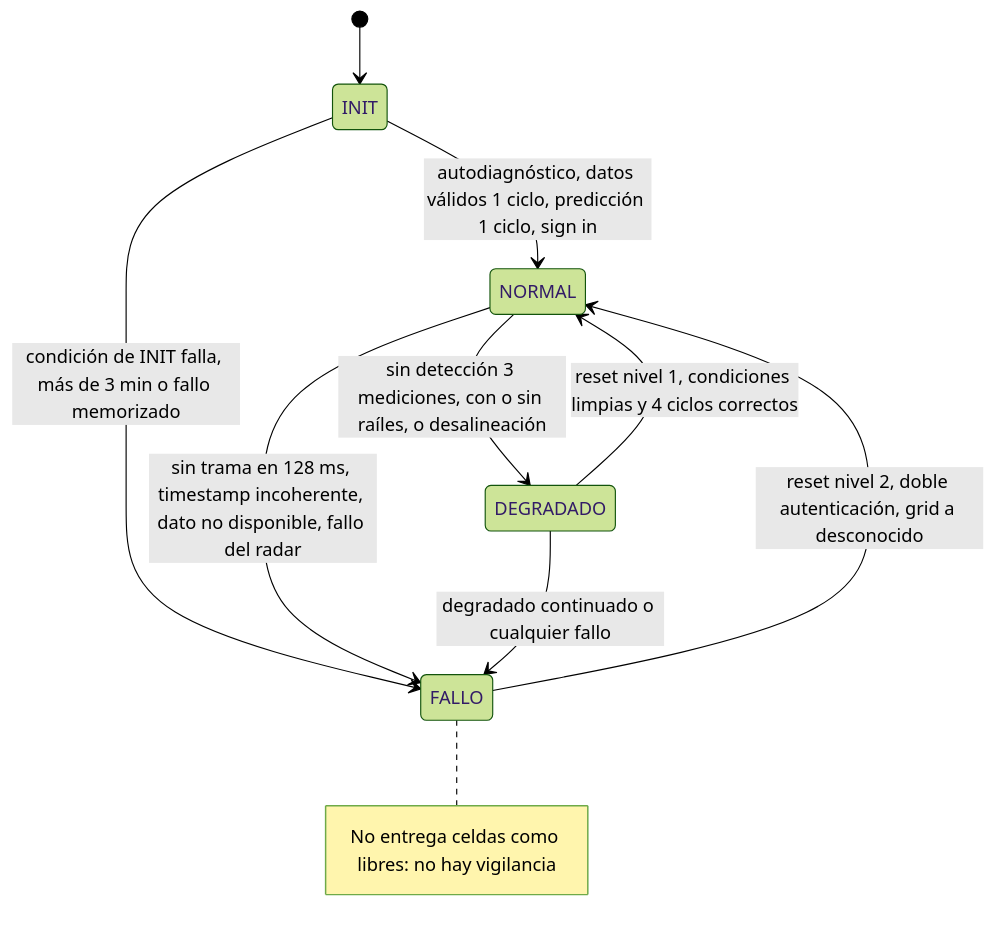
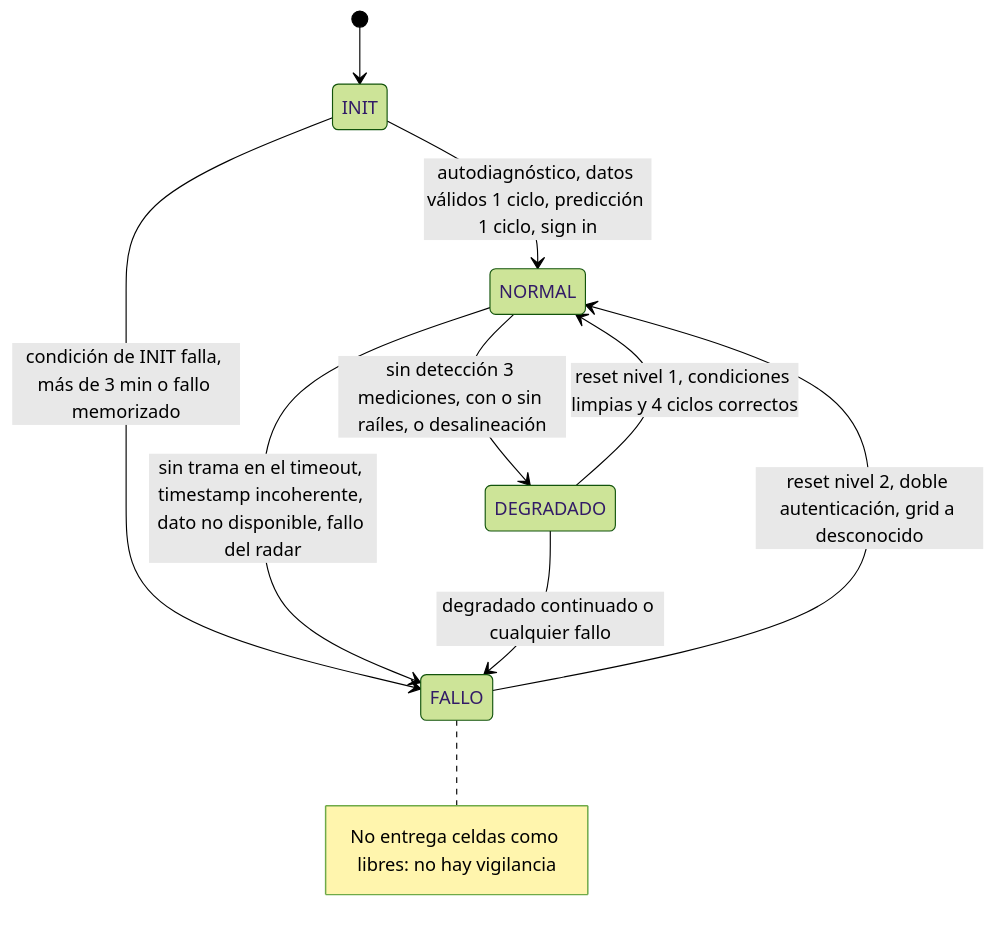
One commit to buzondealiciagarcia-cmyk/prueba-tecnica-saf changed the diagram in docs/02-diseno/diagramas/estados.mmd. Above: the diagram before and after it, drawn with Mermaid (forest theme). The commit also changed 5 other files, not shown here.

```diff
--- a/docs/02-diseno/diagramas/estados.mmd
+++ b/docs/02-diseno/diagramas/estados.mmd
@@ -1,12 +1,12 @@
 stateDiagram-v2
   [*] --> INIT
   INIT --> NORMAL: autodiagnóstico, datos válidos 1 ciclo, predicción 1 ciclo, sign in
   INIT --> FALLO: condición de INIT falla, más de 3 min o fallo memorizado
   NORMAL --> DEGRADADO: sin detección 3 mediciones, con o sin raíles, o desalineación
-  NORMAL --> FALLO: sin trama en 128 ms, timestamp incoherente, dato no disponible, fallo del radar
+  NORMAL --> FALLO: sin trama en el timeout, timestamp incoherente, dato no disponible, fallo del radar
   DEGRADADO --> NORMAL: reset nivel 1, condiciones limpias y 4 ciclos correctos
   DEGRADADO --> FALLO: degradado continuado o cualquier fallo
   FALLO --> NORMAL: reset nivel 2, doble autenticación, grid a desconocido
   note right of FALLO
     No entrega celdas como libres: no hay vigilancia
   end note
```
